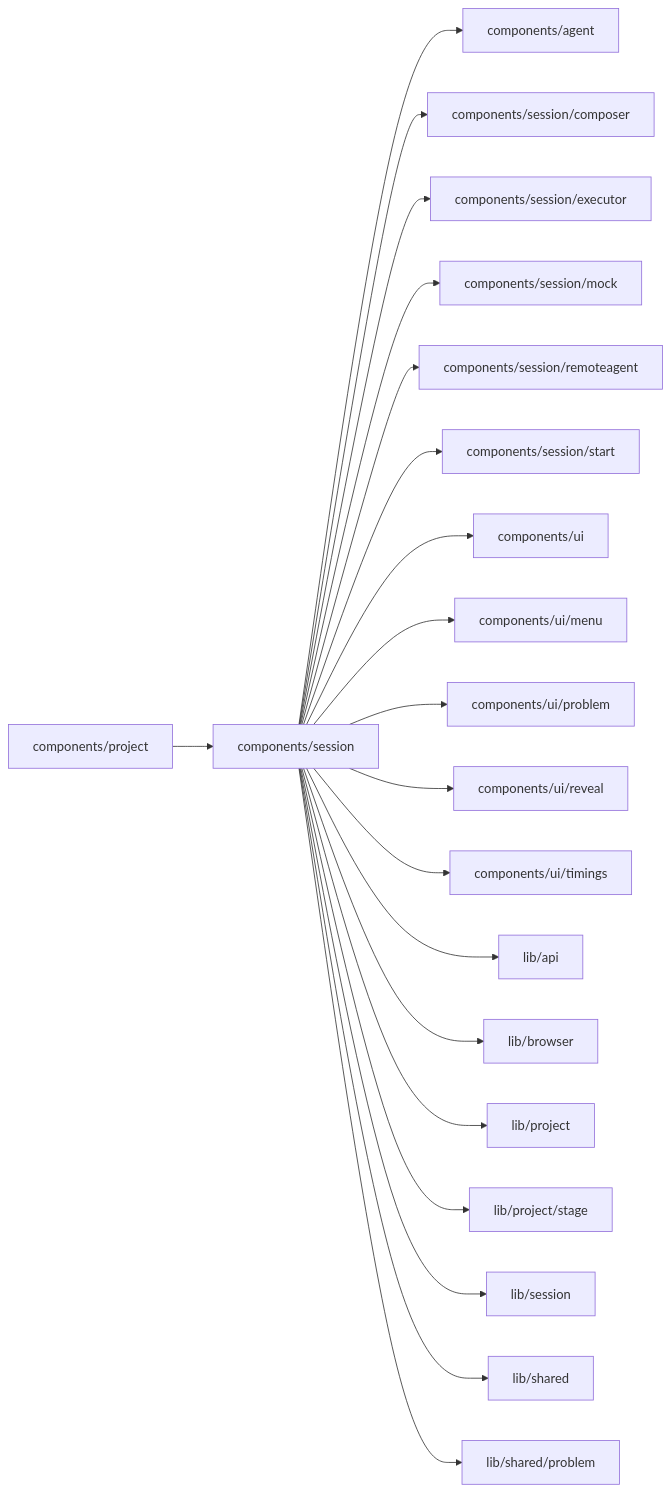
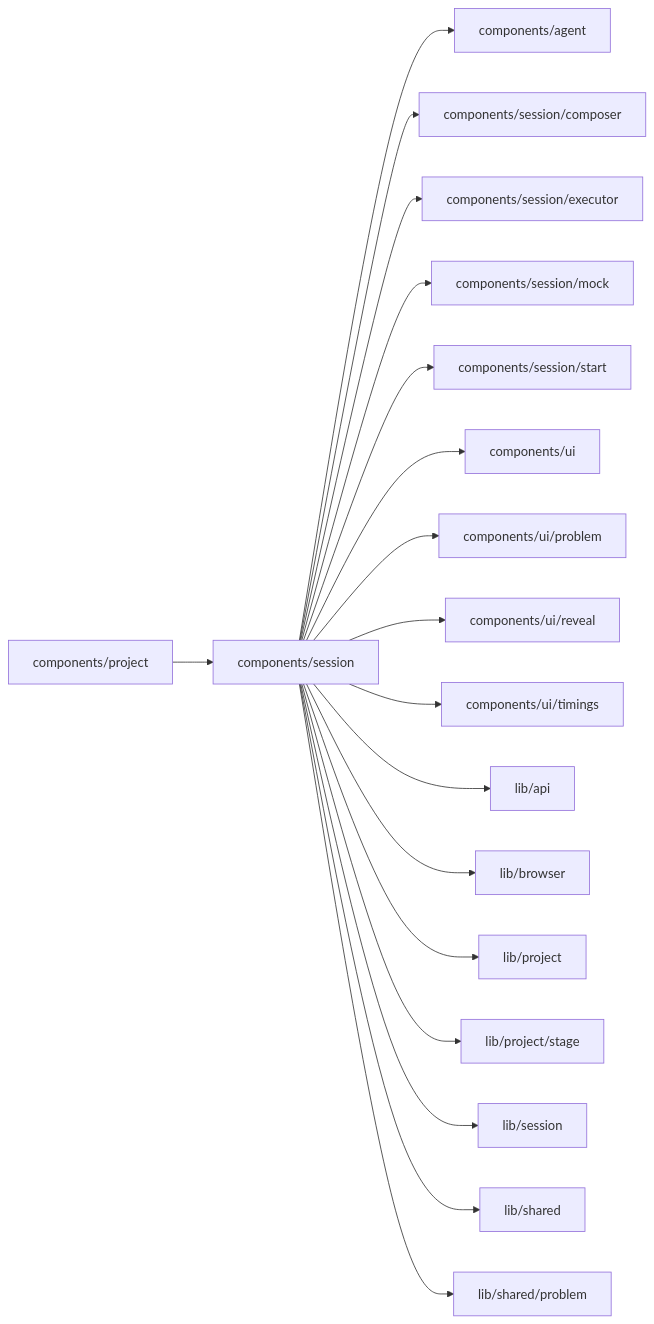
Before and after one commit to superdurable/superverse: the diagram in web/studio/components/session/README.md, drawn with Mermaid. The commit also changed other lines of this file and 47 other files, not shown here.

First line of the commit message:
RASTART, AGENTPICKER: Choose the agent before the model and start a Project with a local agent

````diff
--- a/web/studio/components/session/README.md
+++ b/web/studio/components/session/README.md
@@ -10,23 +10,21 @@
 ```mermaid
 flowchart LR
   self["components/session"]
   c0["components/project"] --> self
   self --> d0["components/agent"]
   self --> d1["components/session/composer"]
   self --> d2["components/session/executor"]
   self --> d3["components/session/mock"]
-  self --> d4["components/session/remoteagent"]
-  self --> d5["components/session/start"]
-  self --> d6["components/ui"]
-  self --> d7["components/ui/menu"]
-  self --> d8["components/ui/problem"]
-  self --> d9["components/ui/reveal"]
-  self --> d10["components/ui/timings"]
-  self --> d11["lib/api"]
-  self --> d12["lib/browser"]
-  self --> d13["lib/project"]
-  self --> d14["lib/project/stage"]
-  self --> d15["lib/session"]
-  self --> d16["lib/shared"]
-  self --> d17["lib/shared/problem"]
+  self --> d4["components/session/start"]
+  self --> d5["components/ui"]
+  self --> d6["components/ui/problem"]
+  self --> d7["components/ui/reveal"]
+  self --> d8["components/ui/timings"]
+  self --> d9["lib/api"]
+  self --> d10["lib/browser"]
+  self --> d11["lib/project"]
+  self --> d12["lib/project/stage"]
+  self --> d13["lib/session"]
+  self --> d14["lib/shared"]
+  self --> d15["lib/shared/problem"]
 ```
````
